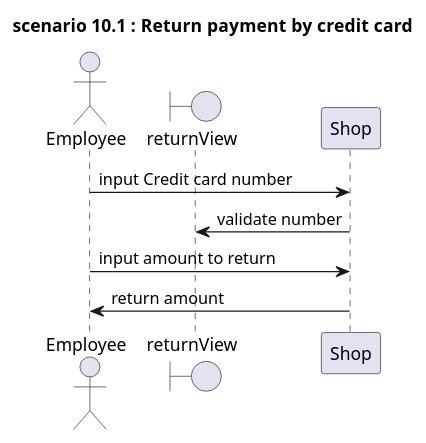
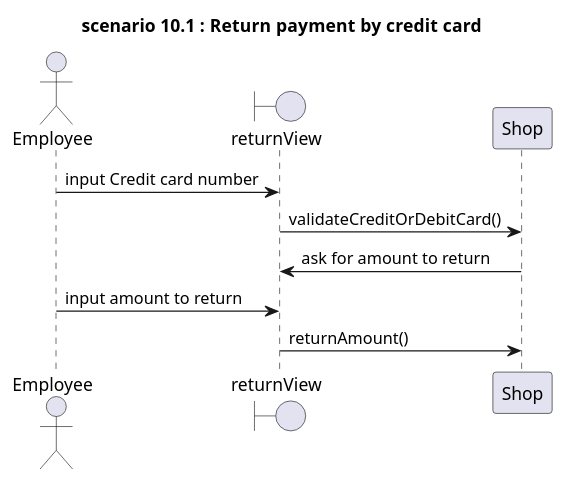
Diagram 31 of 32 in Deliverables/DesignDocument.md (zitabou/EZShop), drawn with PlantUML before and after one commit. The commit also changed other lines of this file, not shown here.

Commit message:
insert missing functions from sequence diagrams

````diff
--- a/Deliverables/DesignDocument.md
+++ b/Deliverables/DesignDocument.md
@@ -1035,14 +1042,15 @@
 ```plantuml
 
 title
 **scenario 10.1** : Return payment by  credit card
 end title
 
 Actor Employee
 Boundary returnView
-Employee -> Shop: input Credit card number
-Shop -> returnView: validate number
-Employee -> Shop: input amount to return
-Shop -> Employee: return amount
+Employee -> returnView: input Credit card number
+returnView -> Shop: validateCreditOrDebitCard()
+Shop -> returnView: ask for amount to return
+Employee -> returnView: input amount to return
+returnView -> Shop: returnAmount()
 
 ```
````
